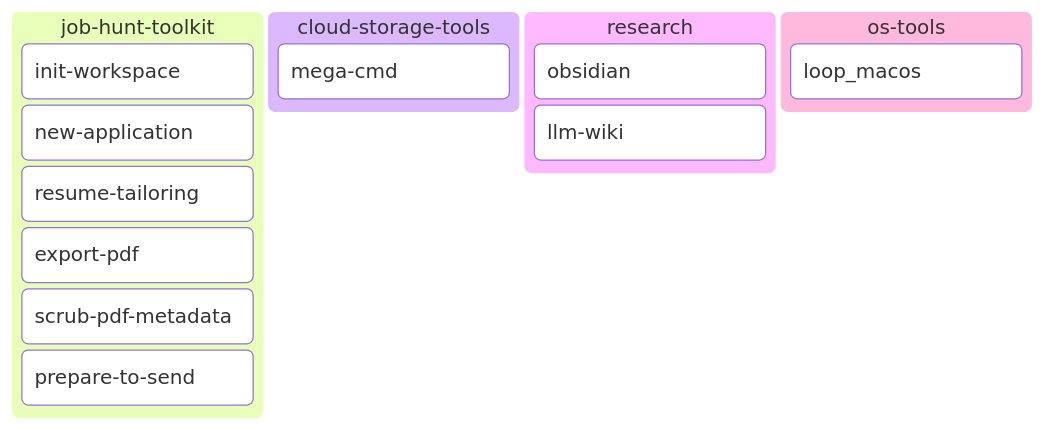
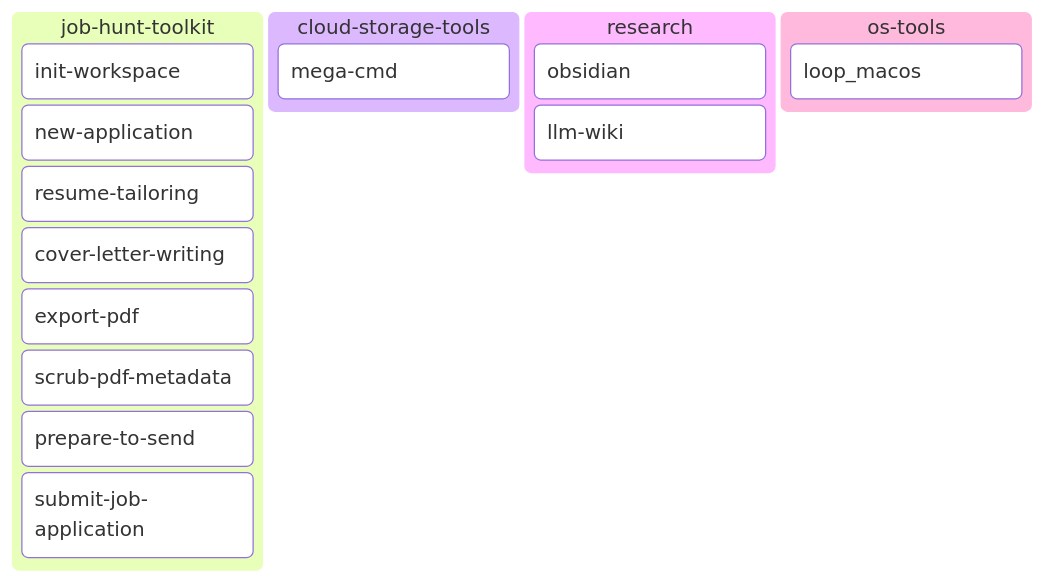
Before and after one commit to Alex-Kopylov/zweihander: the first of 4 diagrams in README.md, drawn with Mermaid. The commit also changed other lines of this file, not shown here.

````diff
--- a/README.md
+++ b/README.md
@@ -15,17 +15,19 @@
 ```mermaid
 kanban
   job_hunt_toolkit[job-hunt-toolkit]
     jht_init_workspace[init-workspace]
     jht_new_application[new-application]
     jht_resume_tailoring[resume-tailoring]
+    jht_cover_letter_writing[cover-letter-writing]
     jht_export_pdf[export-pdf]
     jht_scrub_pdf_metadata[scrub-pdf-metadata]
     jht_prepare_to_send[prepare-to-send]
+    jht_submit_job_application[submit-job-application]
   cloud_storage_tools[cloud-storage-tools]
     cst_mega_cmd[mega-cmd]
   research[research]
     research_obsidian[obsidian]
     research_llm_wiki[llm-wiki]
   os_tools[os-tools]
     os_loop_macos[loop_macos]
 ```
````
